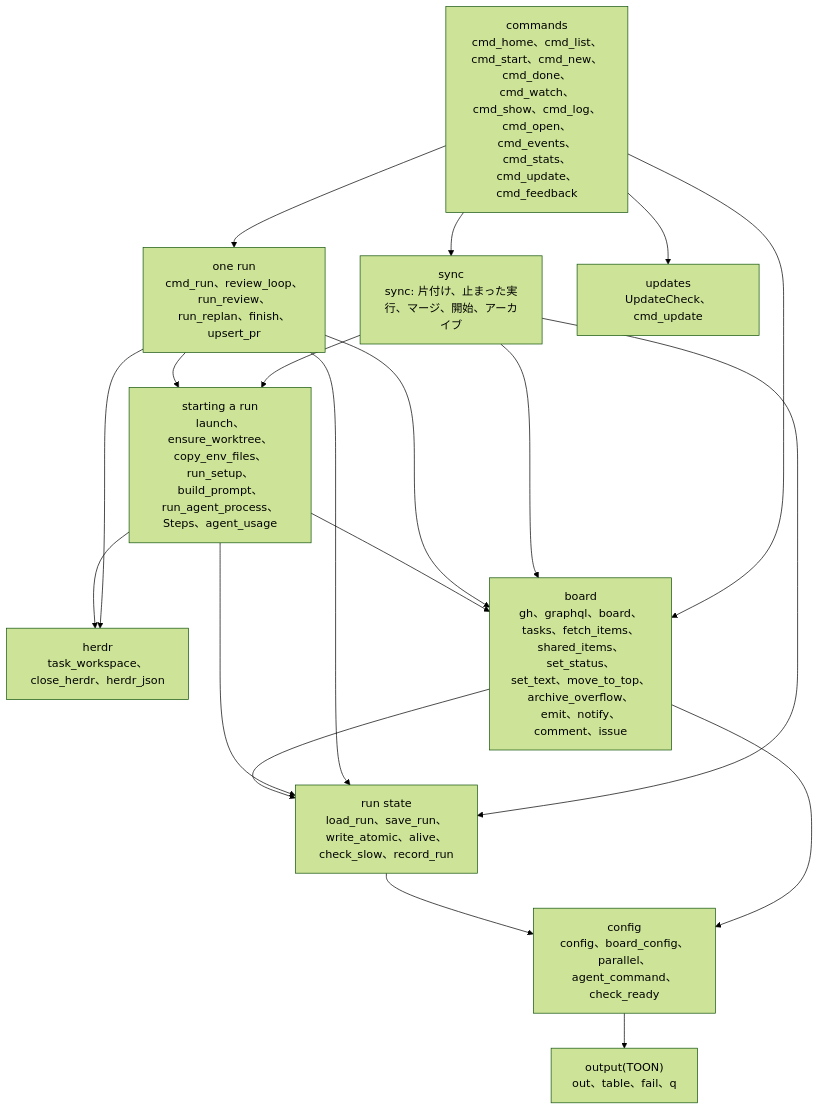
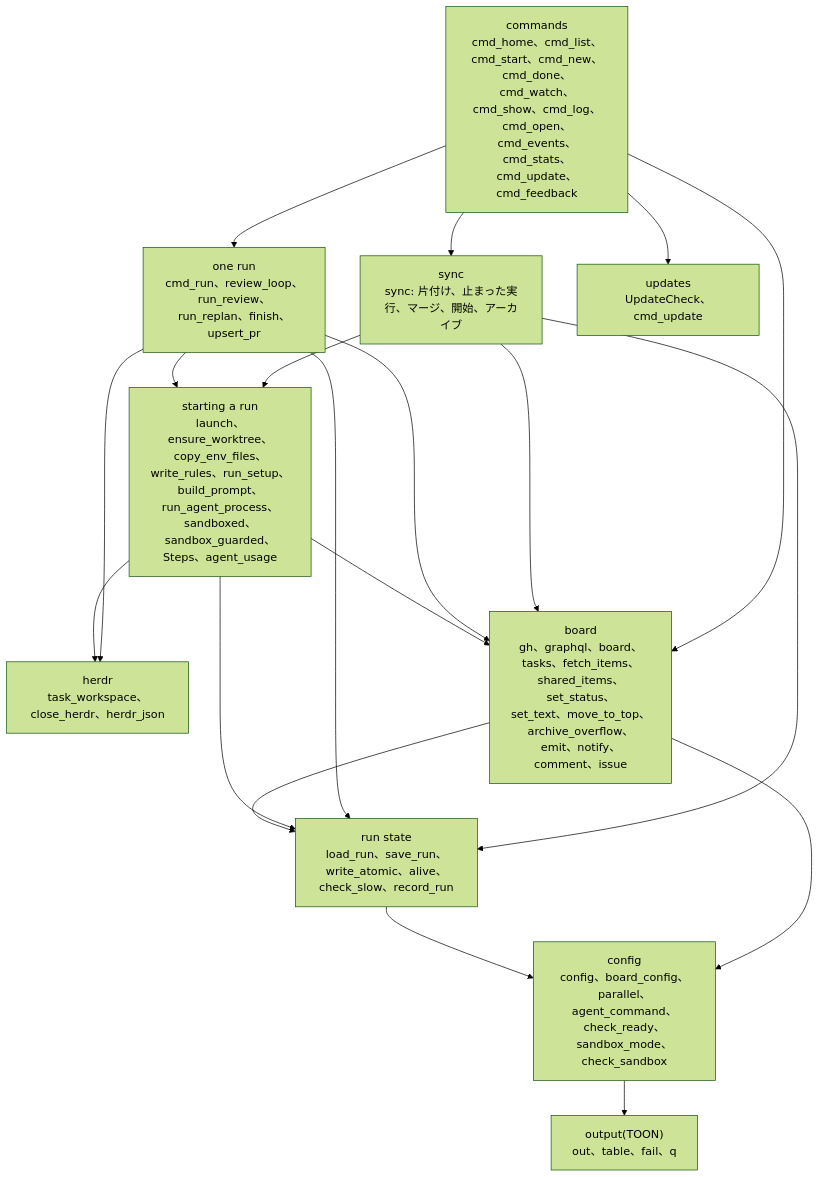
The first of 7 diagrams in docs/architecture/lld.md (jyoka/task-hub), drawn with Mermaid (forest theme) before and after one commit. The commit also changed other lines of this file and 11 other files, not shown here.

````diff
--- a/docs/architecture/lld.md
+++ b/docs/architecture/lld.md
@@ -11,32 +11,32 @@
 ```mermaid
 flowchart TB
     commands["commands<br/>cmd_home、cmd_list、cmd_start、cmd_new、cmd_done、cmd_watch、<br/>cmd_show、cmd_log、cmd_open、cmd_events、cmd_stats、cmd_update、cmd_feedback"]
     sync["sync<br/>sync: 片付け、止まった実行、マージ、開始、アーカイブ"]
     runone["one run<br/>cmd_run、review_loop、run_review、run_replan、finish、upsert_pr"]
-    start["starting a run<br/>launch、ensure_worktree、copy_env_files、run_setup、build_prompt、<br/>run_agent_process、Steps、agent_usage"]
+    start["starting a run<br/>launch、ensure_worktree、copy_env_files、write_rules、run_setup、build_prompt、<br/>run_agent_process、sandboxed、sandbox_guarded、Steps、agent_usage"]
     herdr["herdr<br/>task_workspace、close_herdr、herdr_json"]
     runstate["run state<br/>load_run、save_run、write_atomic、alive、check_slow、record_run"]
     boardl["board<br/>gh、graphql、board、tasks、fetch_items、shared_items、set_status、<br/>set_text、move_to_top、archive_overflow、emit、notify、comment、issue"]
-    config["config<br/>config、board_config、parallel、agent_command、check_ready"]
+    config["config<br/>config、board_config、parallel、agent_command、check_ready、sandbox_mode、check_sandbox"]
     output["output(TOON)<br/>out、table、fail、q"]
     updates["updates<br/>UpdateCheck、cmd_update"]
 
     commands --> sync
     commands --> runone
     commands --> boardl
     commands --> updates
     sync --> start
     sync --> boardl
     sync --> runstate
     runone --> start
     runone --> boardl
     runone --> runstate
     runone --> herdr
     start --> herdr
     start --> runstate
     start --> boardl
     boardl --> runstate
     boardl --> config
     runstate --> config
     config --> output
 ```
````
